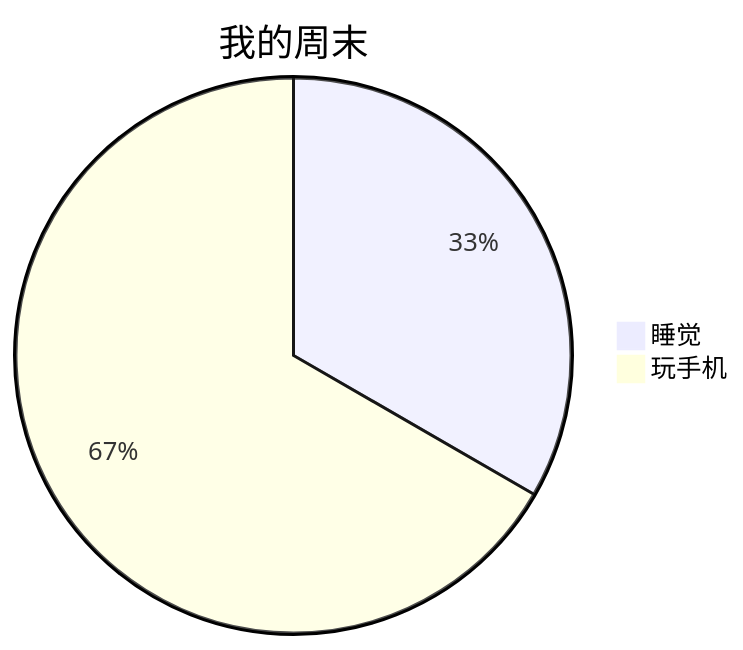
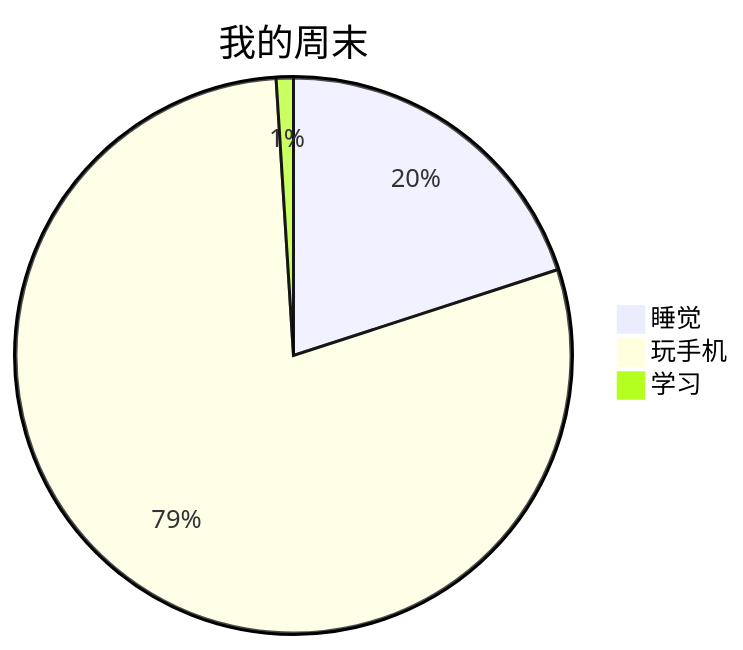
One commit to wqf31415/wqf31415.github.io changed diagram 15 of 17 in source/_posts/markdown-中插入-mermaid-图.md. Above: the diagram before and after it, drawn with Mermaid. The commit also changed other lines of this file, not shown here.

Commit message:
:rice_scene: 修改饼图示例内容

````diff
--- a/source/_posts/markdown-中插入-mermaid-图.md
+++ b/source/_posts/markdown-中插入-mermaid-图.md
@@ -475,7 +476,8 @@
 ```mermaid
 pie
     title 我的周末
-    "睡觉": 16
-    "玩手机": 32
+    "睡觉": 20
+    "玩手机": 79
+    "学习": 1
 
 ```
````
